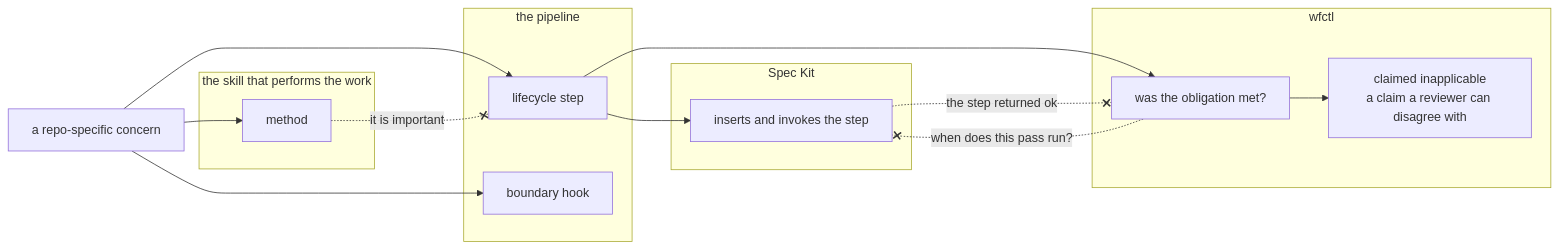
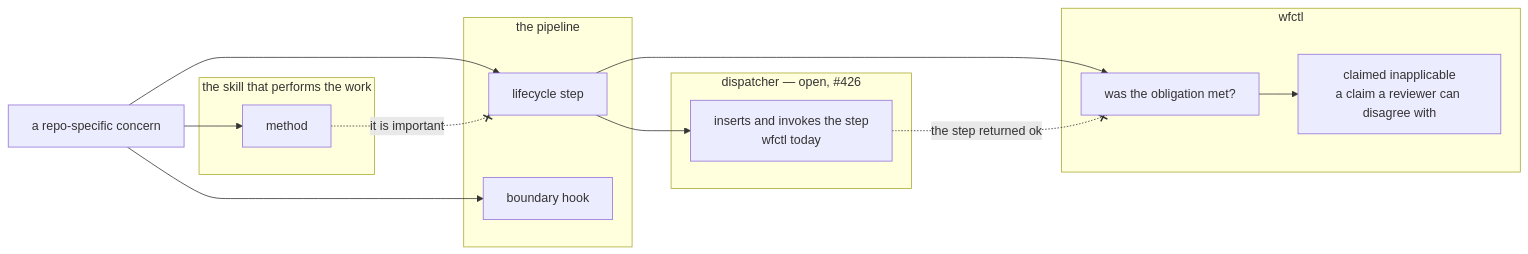
The diagram in docs/architecture/a-repo-concern-earns-a-step-hook-or-method.md (aamarin/wfctl), drawn with Mermaid before and after one commit. The commit also changed other lines of this file, not shown here.

````diff
--- a/docs/architecture/a-repo-concern-earns-a-step-hook-or-method.md
+++ b/docs/architecture/a-repo-concern-earns-a-step-hook-or-method.md
@@ -108,27 +117,26 @@
 ```mermaid
 flowchart LR
     C["a repo-specific concern"]
     subgraph pipeline["the pipeline"]
         S["lifecycle step"]
         H["boundary hook"]
     end
     subgraph skill["the skill that performs the work"]
         M["method"]
     end
-    subgraph speckit["Spec Kit"]
-        I["inserts and invokes the step"]
+    subgraph dispatch["dispatcher — open, #426"]
+        I["inserts and invokes the step<br>wfctl today"]
     end
     subgraph wfctl["wfctl"]
         E["was the obligation met?"]
         N["claimed inapplicable<br>a claim a reviewer can disagree with"]
     end
     C --> S
     C --> H
     C --> M
     S --> I
     S --> E
     E --> N
     I -. "the step returned ok" .-x E
     M -. "it is important" .-x S
-    E -. "when does this pass run?" .-x I
 ```
````
